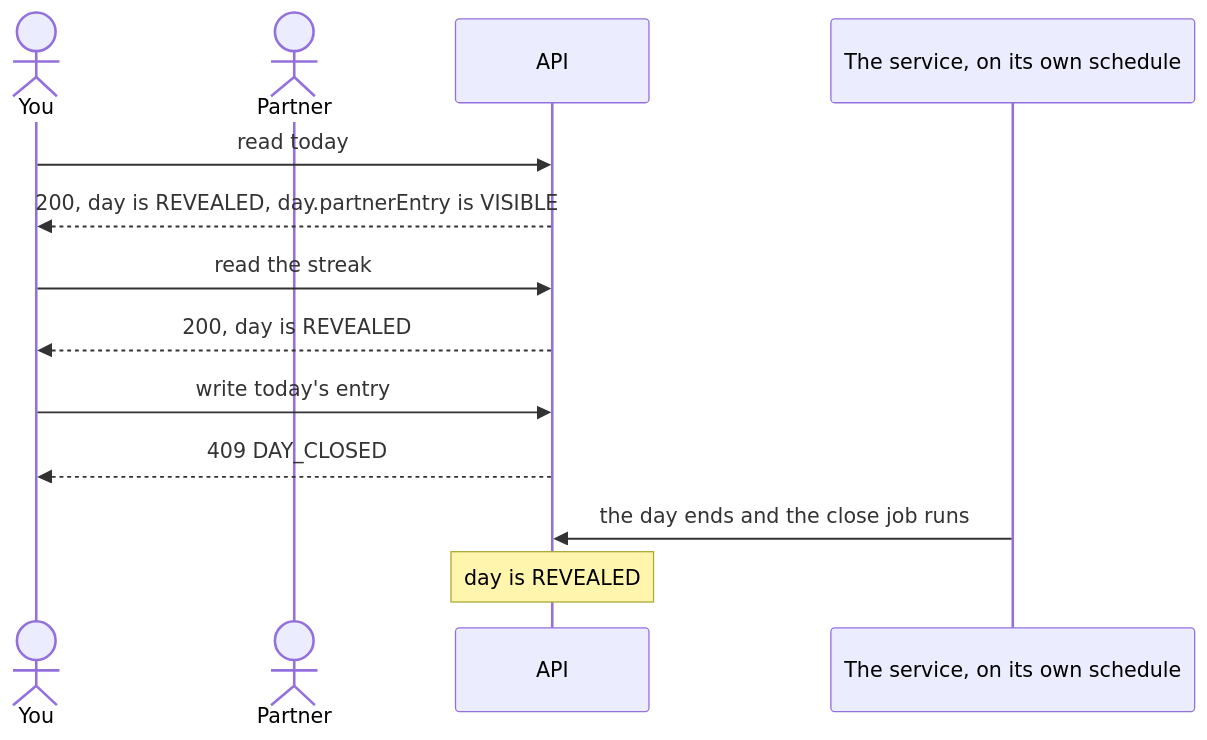
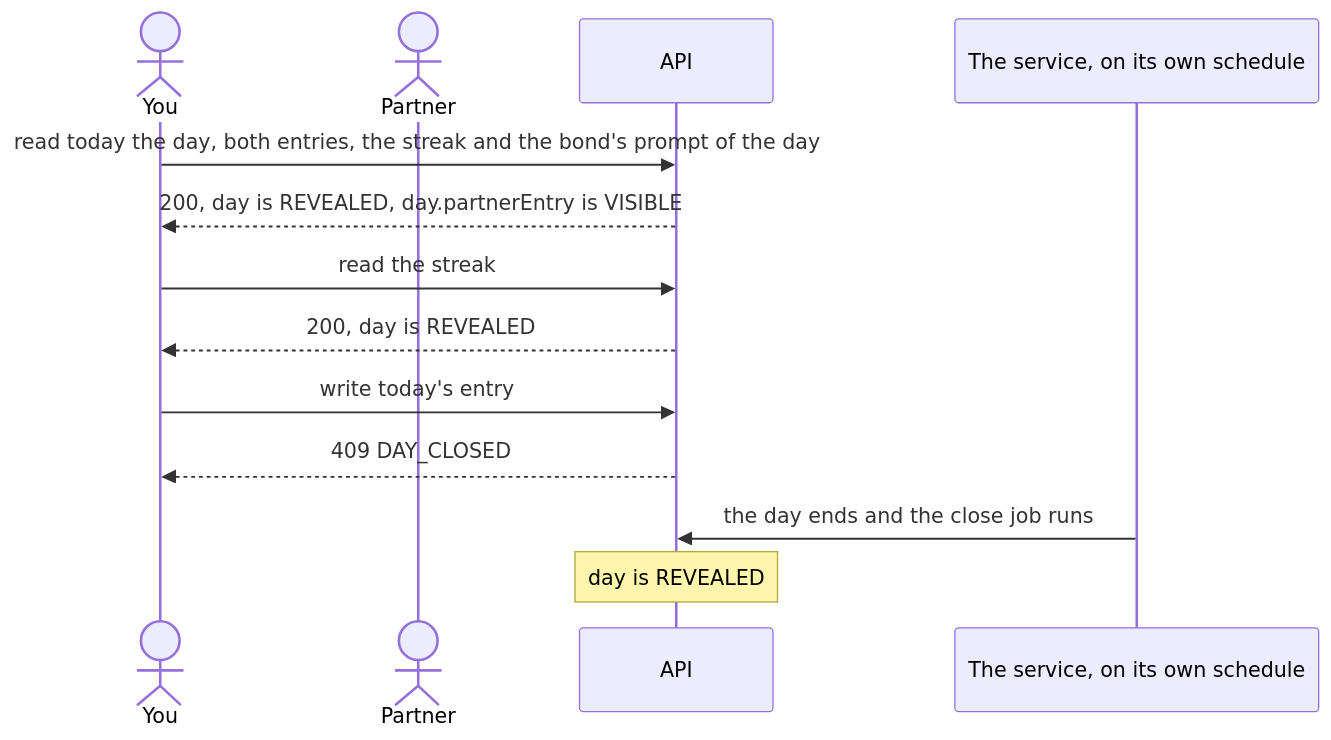
One commit to Ayodeji97/moyi-backend changed the fourth of 5 diagrams in docs/state-map/journeys.md. Above: the diagram before and after it, drawn with Mermaid. The commit also changed other lines of this file and 57 other files, not shown here.

````diff
--- a/docs/state-map/journeys.md
+++ b/docs/state-map/journeys.md
@@ -144,15 +144,15 @@
 ```mermaid
 sequenceDiagram
     actor You
     actor Partner
     participant API
     participant Job as The service, on its own schedule
-    You->>API: read today
+    You->>API: read today the day, both entries, the streak and the bond's prompt of the day
     API-->>You: 200, day is REVEALED, day.partnerEntry is VISIBLE
     You->>API: read the streak
     API-->>You: 200, day is REVEALED
     You->>API: write today's entry
     API-->>You: 409 DAY_CLOSED
     Job->>API: the day ends and the close job runs
     Note over API: day is REVEALED
 ```
````
